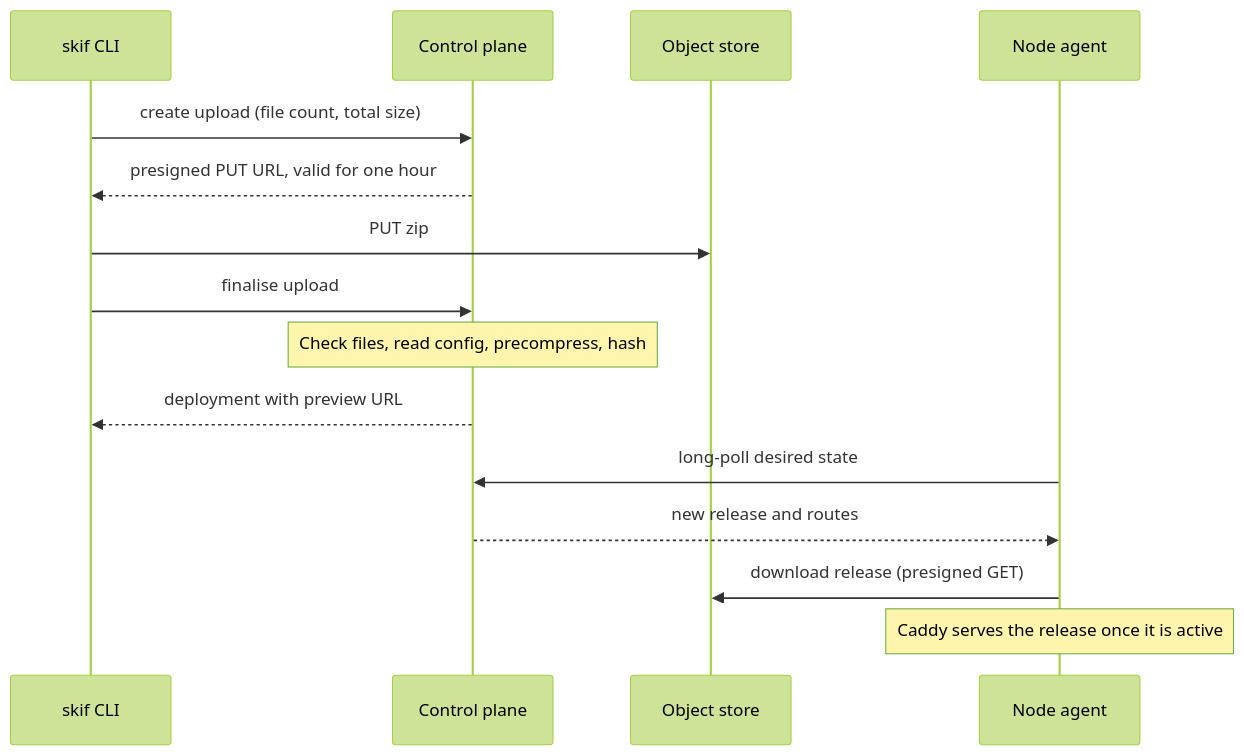
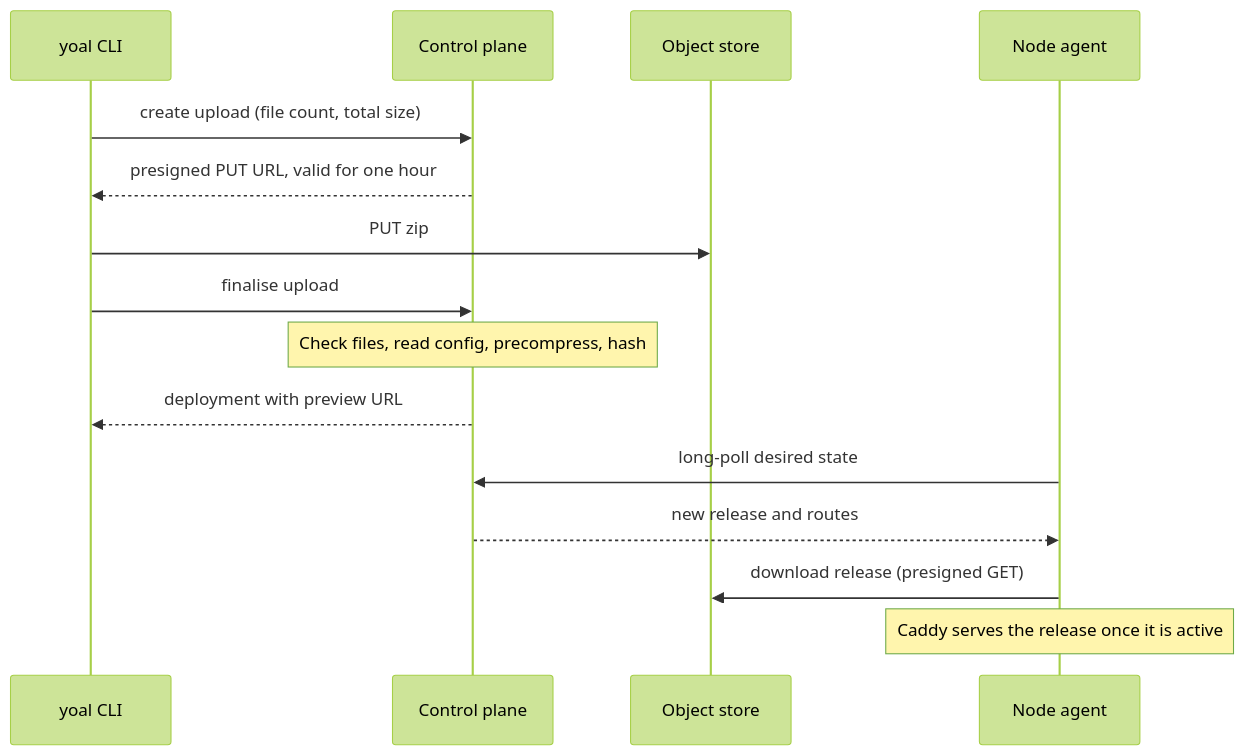
The first of 2 diagrams in packages/docs/content/deploying/static-sites.md (KieranHolroyd/skiff), drawn with Mermaid (forest theme) before and after one commit. The commit also changed other lines of this file and 1869 other files, not shown here.

````diff
--- a/packages/docs/content/deploying/static-sites.md
+++ b/packages/docs/content/deploying/static-sites.md
@@ -20,17 +20,17 @@
 ```mermaid
 sequenceDiagram
-  participant CLI as skif CLI
+  participant CLI as yoal CLI
   participant CP as Control plane
   participant Store as Object store
   participant Agent as Node agent
   CLI->>CP: create upload (file count, total size)
   CP-->>CLI: presigned PUT URL, valid for one hour
   CLI->>Store: PUT zip
   CLI->>CP: finalise upload
   Note over CP: Check files, read config, precompress, hash
   CP-->>CLI: deployment with preview URL
   Agent->>CP: long-poll desired state
   CP-->>Agent: new release and routes
   Agent->>Store: download release (presigned GET)
   Note over Agent: Caddy serves the release once it is active
 ```
````
